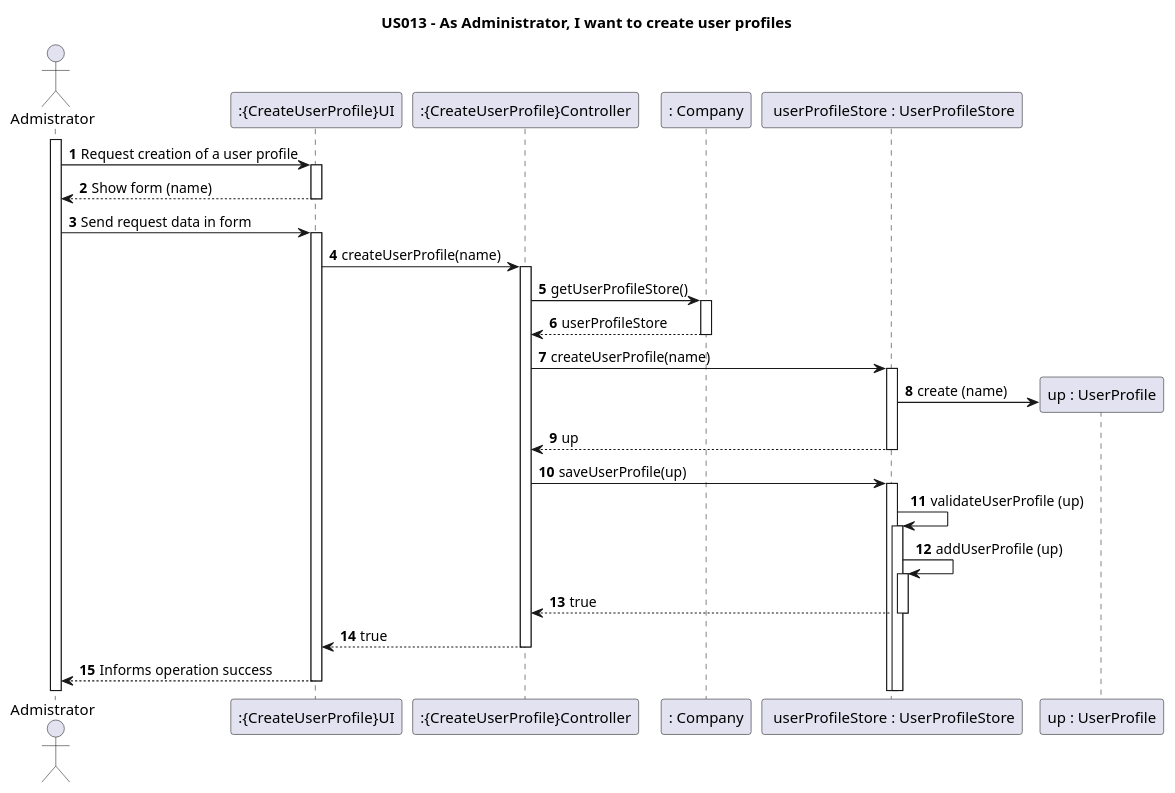
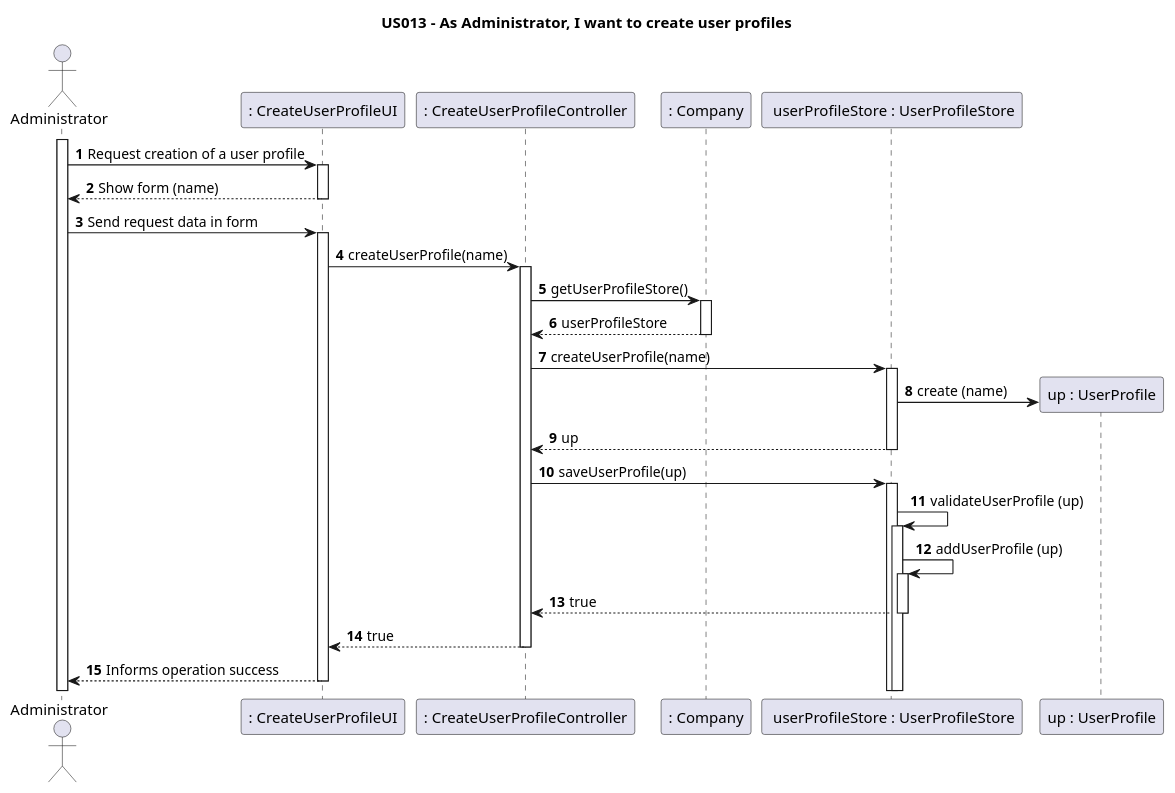
One commit to nunogon1211787/projectManagement changed the diagram in docs/US013/US13-SD.puml. Above: the diagram before and after it, drawn with PlantUML. The commit also changed 13 other files, not shown here.

```diff
--- a/docs/US013/US13-SD.puml
+++ b/docs/US013/US13-SD.puml
@@ -1,35 +1,35 @@
 @startuml
 'https://plantuml.com/sequence-diagram
 
 title US013 - As Administrator, I want to create user profiles
 
 autoactivate on
 autonumber
 
-actor "Admistrator" as User
-participant ":{CreateUserProfile}UI" as System
-participant ":{CreateUserProfile}Controller" as Ctrl
+actor "Administrator" as User
+participant ": CreateUserProfileUI" as System
+participant ": CreateUserProfileController" as Ctrl
 participant ": Company" as C1
 participant " userProfileStore : UserProfileStore" as C2
 participant "up : UserProfile" as C3
 
 
 activate User
 
 User -> System: Request creation of a user profile
 System --> User: Show form (name)
 User -> System: Send request data in form
 System -> Ctrl: createUserProfile(name)
 Ctrl -> C1: getUserProfileStore()
 C1-->Ctrl: userProfileStore
 Ctrl-> C2 : createUserProfile(name)
 C2 -> C3 ** : create (name)
 C2-->Ctrl : up
 Ctrl->C2 : saveUserProfile(up)
 C2->C2 : validateUserProfile (up)
 C2->C2 : addUserProfile (up)
 C2--> Ctrl : true
 Ctrl--> System : true
 System--> User : Informs operation success
 
 @enduml
```
